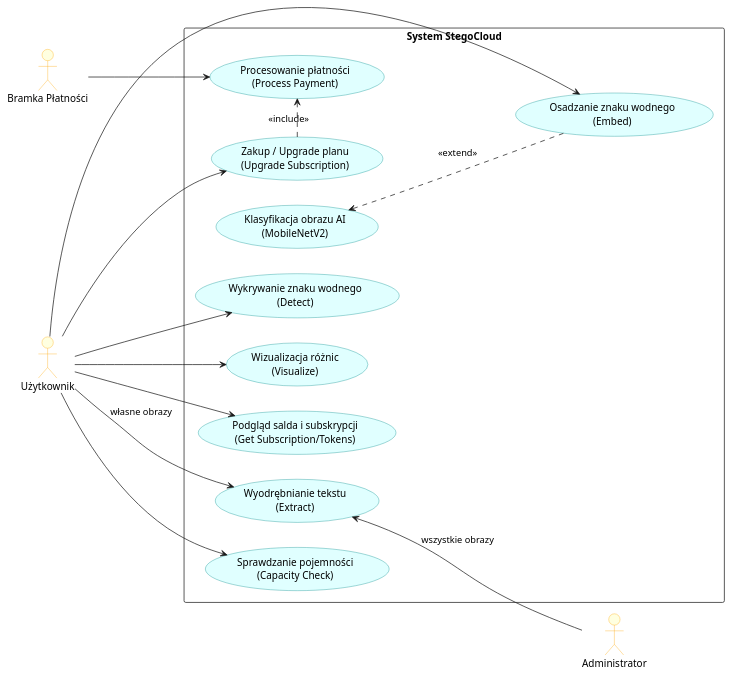
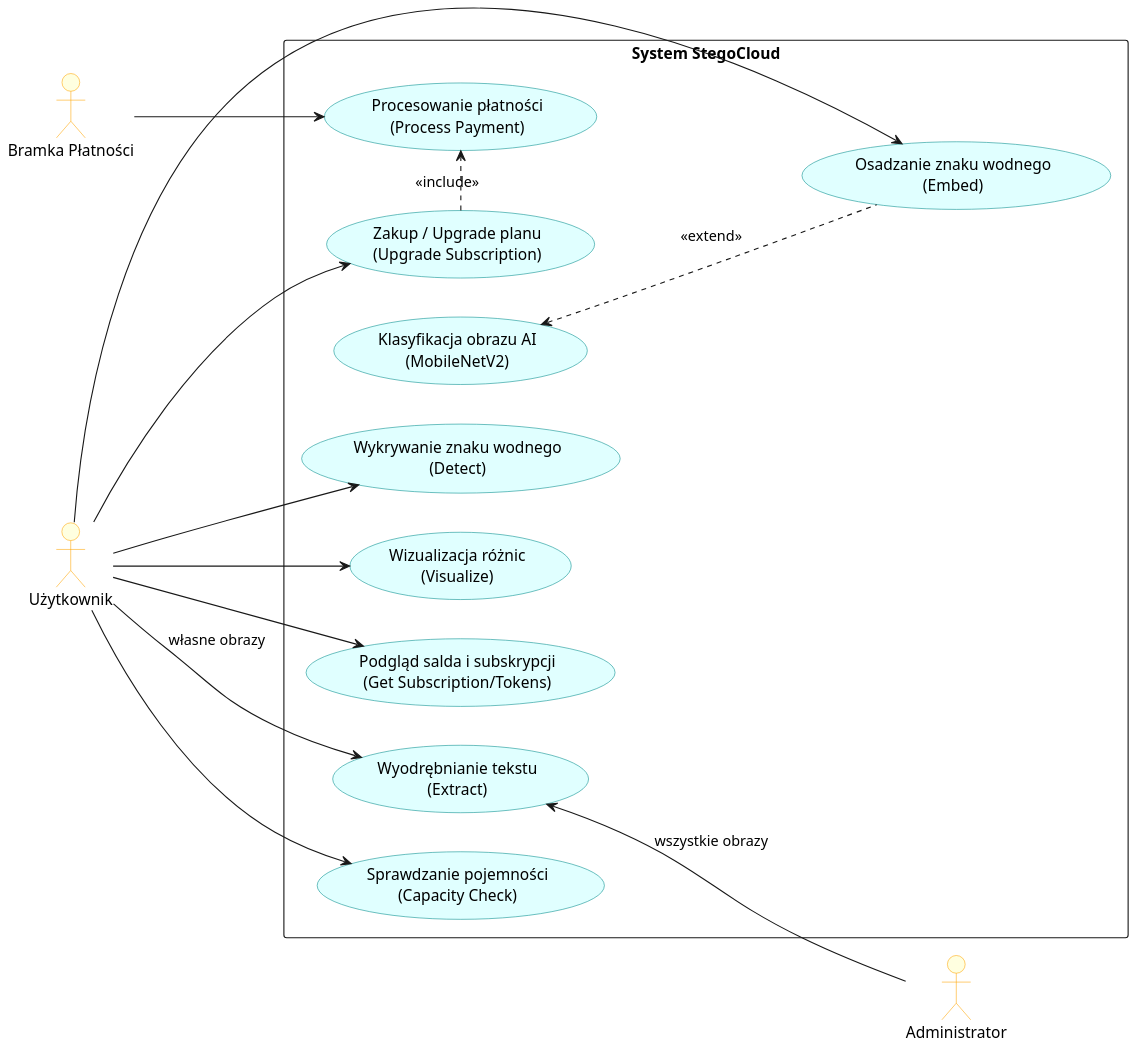
Before and after one commit to MateuszKosowski/pl-java2026: the diagram in dokumentacja/use_cases.puml, drawn with PlantUML. The commit also changed 30 other files, not shown here.

First line of the commit message:
docs: vector diagrams and documentation fixes (#49)

```diff
--- a/dokumentacja/use_cases.puml
+++ b/dokumentacja/use_cases.puml
@@ -1,44 +1,45 @@
 @startuml
+skinparam dpi 150
 left to right direction
 skinparam packageStyle rectangle
 skinparam actor {
   BackgroundColor LightYellow
   BorderColor Orange
 }
 skinparam usecase {
   BackgroundColor LightCyan
   BorderColor DarkCyan
 }
 
 actor "Użytkownik" as user
 actor "Administrator" as admin
 actor "Bramka Płatności" as payment
 
 rectangle "System StegoCloud" {
   usecase "Sprawdzanie pojemności\n(Capacity Check)" as UC_capacity
   usecase "Osadzanie znaku wodnego\n(Embed)" as UC_embed
   usecase "Wykrywanie znaku wodnego\n(Detect)" as UC_detect
   usecase "Wyodrębnianie tekstu\n(Extract)" as UC_extract
   usecase "Wizualizacja różnic\n(Visualize)" as UC_visualize
   usecase "Klasyfikacja obrazu AI\n(MobileNetV2)" as UC_ai
   
   usecase "Podgląd salda i subskrypcji\n(Get Subscription/Tokens)" as UC_status
   usecase "Zakup / Upgrade planu\n(Upgrade Subscription)" as UC_upgrade
   usecase "Procesowanie płatności\n(Process Payment)" as UC_payment_proc
   
   UC_embed .up.> UC_ai : <<extend>>
   UC_upgrade .right.> UC_payment_proc : <<include>>
 }
 
 user --> UC_capacity
 user --> UC_embed
 user --> UC_detect
 user --> UC_extract : własne obrazy
 user --> UC_visualize
 user --> UC_status
 user --> UC_upgrade
 
 admin -up-> UC_extract : wszystkie obrazy
 
 payment --> UC_payment_proc
 @enduml
```
